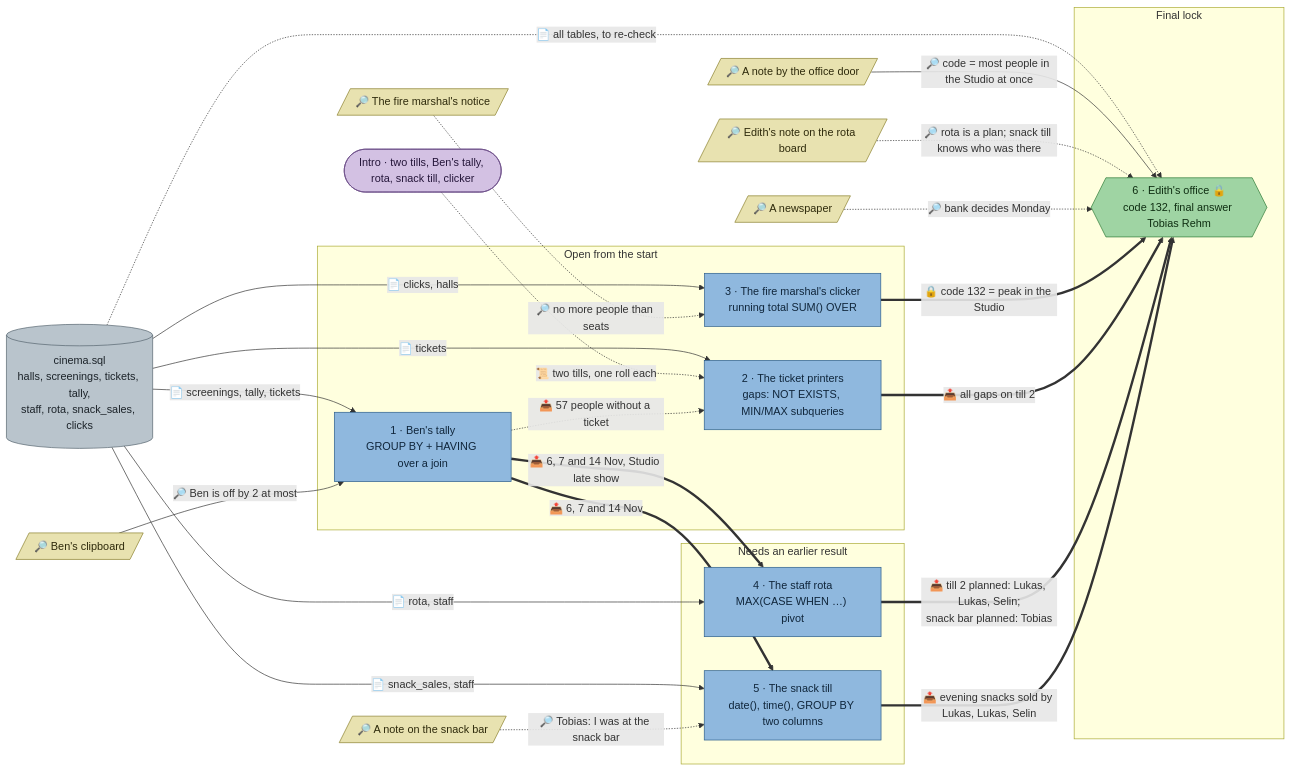
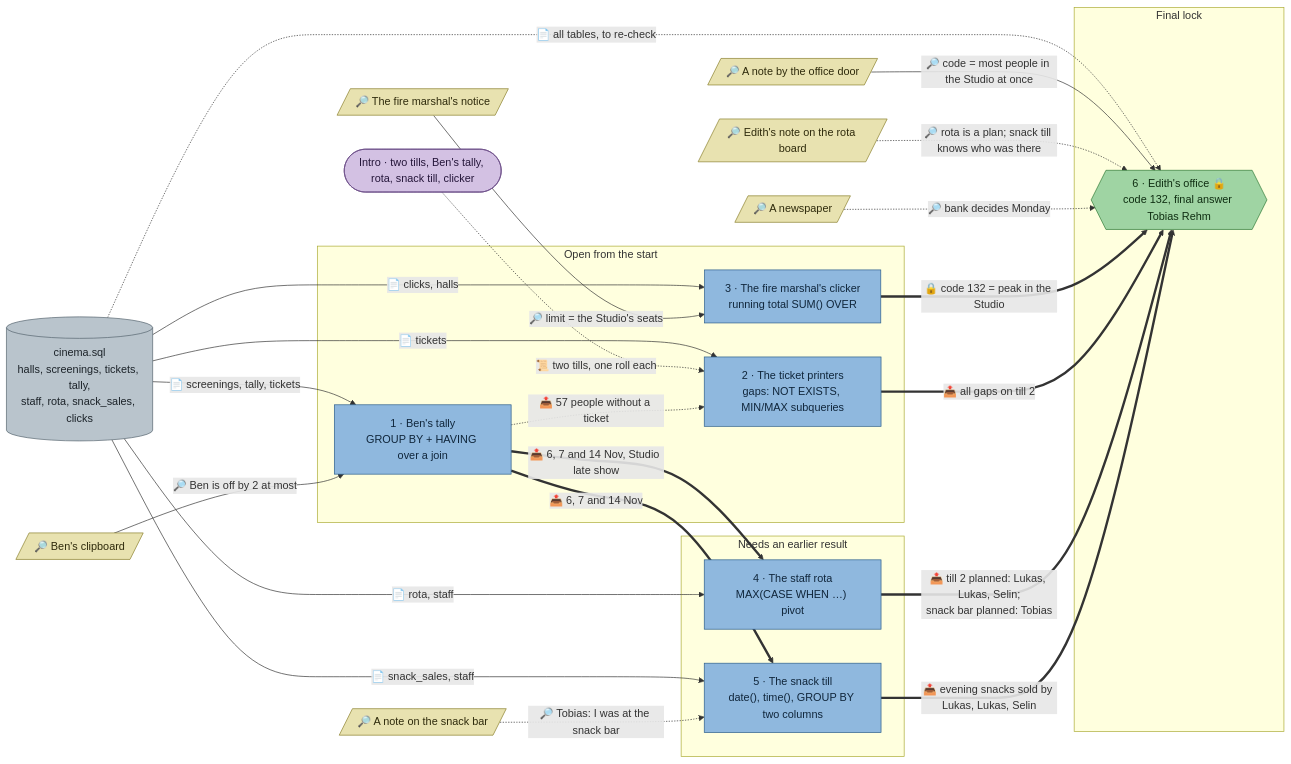
Before and after one commit to mhoffmann-wbs/DataScienceEscapeRooms: the diagram in docs/flows/sql-cinema.md, drawn with Mermaid. The commit also changed other lines of this file and 8 other files, not shown here.

````diff
--- a/docs/flows/sql-cinema.md
+++ b/docs/flows/sql-cinema.md
@@ -5,64 +5,64 @@
 ```mermaid
 flowchart LR
   intro(["Intro · two tills, Ben's tally, rota, snack till, clicker"])
 
   tallynote[/"🔎 Ben's clipboard"/]
   firenotice[/"🔎 The fire marshal's notice"/]
   officenote[/"🔎 A note by the office door"/]
   edithnote[/"🔎 Edith's note on the rota board"/]
   tobiasnote[/"🔎 A note on the snack bar"/]
   newspaper[/"🔎 A newspaper"/]
 
   d_cinema[("cinema.sql<br/>halls, screenings, tickets, tally,<br/>staff, rota, snack_sales, clicks")]
 
   subgraph p1["Open from the start"]
     tally["1 · Ben's tally<br/>GROUP BY + HAVING over a join"]
     printer["2 · The ticket printers<br/>gaps: NOT EXISTS, MIN/MAX subqueries"]
     clicker["3 · The fire marshal's clicker<br/>running total SUM() OVER"]
   end
 
   subgraph p2["Needs an earlier result"]
     rota["4 · The staff rota<br/>MAX(CASE WHEN …) pivot"]
     snacks["5 · The snack till<br/>date(), time(), GROUP BY two columns"]
   end
 
   subgraph p3["Final lock"]
     office{{"6 · Edith's office 🔒<br/>code 132, final answer Tobias Rehm"}}
   end
 
   d_cinema -->|"📄 screenings, tally, tickets"| tally
   d_cinema -->|"📄 tickets"| printer
   d_cinema -->|"📄 clicks, halls"| clicker
   d_cinema -->|"📄 rota, staff"| rota
   d_cinema -->|"📄 snack_sales, staff"| snacks
   d_cinema -.->|"📄 all tables, to re-check"| office
 
   tallynote -->|"🔎 Ben is off by 2 at most"| tally
-  firenotice -.->|"🔎 no more people than seats"| clicker
+  firenotice -->|"🔎 limit = the Studio's seats"| clicker
   officenote -->|"🔎 code = most people in the Studio at once"| office
   edithnote -.->|"🔎 rota is a plan; snack till knows who was there"| office
   tobiasnote -.->|"🔎 Tobias: I was at the snack bar"| snacks
   newspaper -.->|"🔎 bank decides Monday"| office
   intro -.->|"📜 two tills, one roll each"| printer
 
   tally ==>|"📤 6, 7 and 14 Nov, Studio late show"| rota
   tally ==>|"📤 6, 7 and 14 Nov"| snacks
 
   clicker ==>|"🔒 code 132 = peak in the Studio"| office
   printer ==>|"📤 all gaps on till 2"| office
   rota ==>|"📤 till 2 planned: Lukas, Lukas, Selin;<br/>snack bar planned: Tobias"| office
   snacks ==>|"📤 evening snacks sold by Lukas, Lukas, Selin"| office
   tally -.->|"📤 57 people without a ticket"| printer
 
   classDef station fill:#8fb8de,stroke:#2b5d8a,color:#10263b
   classDef locked fill:#e0b36a,stroke:#8a5a12,color:#3a2504
   classDef clue fill:#e8e2b0,stroke:#8a7f2b,color:#2e2a0b
   classDef data fill:#b9c4cc,stroke:#55636e,color:#1c2329
   classDef final fill:#9fd4a3,stroke:#2f7a36,color:#0f2e12
   classDef intro fill:#d3c1e3,stroke:#6a4c86,color:#25163a
   class tally,printer,clicker,rota,snacks station
   class tallynote,firenotice,officenote,edithnote,tobiasnote,newspaper clue
   class d_cinema data
   class office final
   class intro intro
 ```
````
